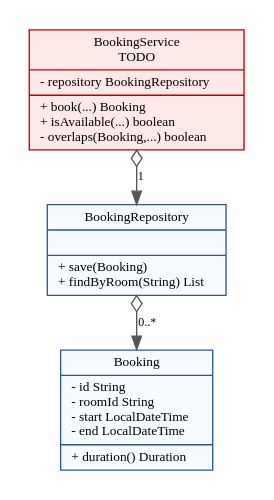
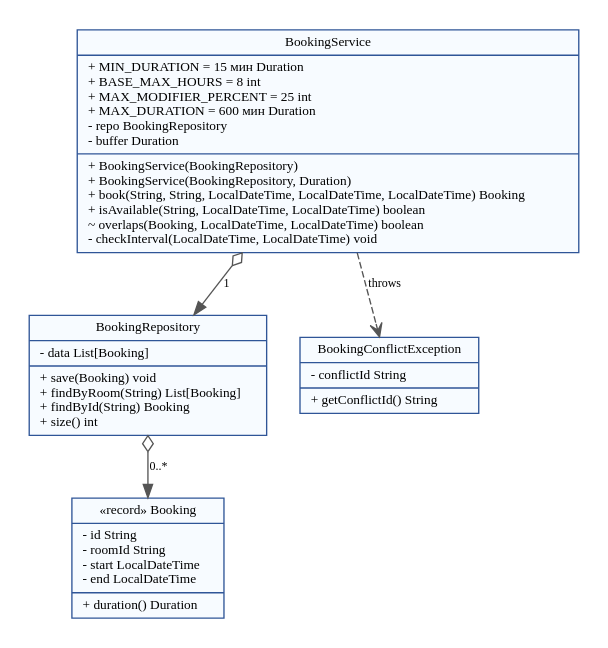
One commit to svpeditor/pr13-klimashevskiy-da changed the diagram in diagrams/class.dot. Above: the diagram before and after it, drawn with Graphviz. The commit also changed 3 other files, not shown here.

Commit message:
Итоговые activity-диаграмма и диаграмма классов

```diff
--- a/diagrams/class.dot
+++ b/diagrams/class.dot
@@ -1,10 +1,12 @@
 digraph C {
-graph [rankdir=TB, bgcolor="white", pad=0.2, nodesep=0.35, ranksep=0.4];
+graph [rankdir=TB, bgcolor="white", pad=0.2, nodesep=0.35, ranksep=0.5];
 node [shape=record, style="filled", fontname="Times New Roman", fontsize=10, color="#2F5597", fillcolor="#F7FBFF"];
 edge [fontname="Times New Roman", fontsize=9, color="#555555"];
-b [label="{Booking|- id String\l- roomId String\l- start LocalDateTime\l- end LocalDateTime\l|+ duration() Duration\l}", fillcolor="#F7FBFF", color="#2F5597"];
-r [label="{BookingRepository||+ save(Booking)\l+ findByRoom(String) List\l}", fillcolor="#F7FBFF", color="#2F5597"];
-s [label="{BookingService\nTODO|- repository BookingRepository\l|+ book(...) Booking\l+ isAvailable(...) boolean\l- overlaps(Booking,...) boolean\l}", fillcolor="#FDE9E7", color="#C00000"];
+s [label="{BookingService|+ MIN_DURATION = 15 мин Duration\l+ BASE_MAX_HOURS = 8 int\l+ MAX_MODIFIER_PERCENT = 25 int\l+ MAX_DURATION = 600 мин Duration\l- repo BookingRepository\l- buffer Duration\l|+ BookingService(BookingRepository)\l+ BookingService(BookingRepository, Duration)\l+ book(String, String, LocalDateTime, LocalDateTime, LocalDateTime) Booking\l+ isAvailable(String, LocalDateTime, LocalDateTime) boolean\l~ overlaps(Booking, LocalDateTime, LocalDateTime) boolean\l- checkInterval(LocalDateTime, LocalDateTime) void\l}"];
+r [label="{BookingRepository|- data List[Booking]\l|+ save(Booking) void\l+ findByRoom(String) List[Booking]\l+ findById(String) Booking\l+ size() int\l}"];
+b [label="{«record» Booking|- id String\l- roomId String\l- start LocalDateTime\l- end LocalDateTime\l|+ duration() Duration\l}"];
+ex [label="{BookingConflictException|- conflictId String\l|+ getConflictId() String\l}"];
 s -> r [label="1",arrowtail=odiamond,dir=both];
 r -> b [label="0..*",arrowtail=odiamond,dir=both];
+s -> ex [label="throws",style=dashed,arrowhead=open];
 }
```
